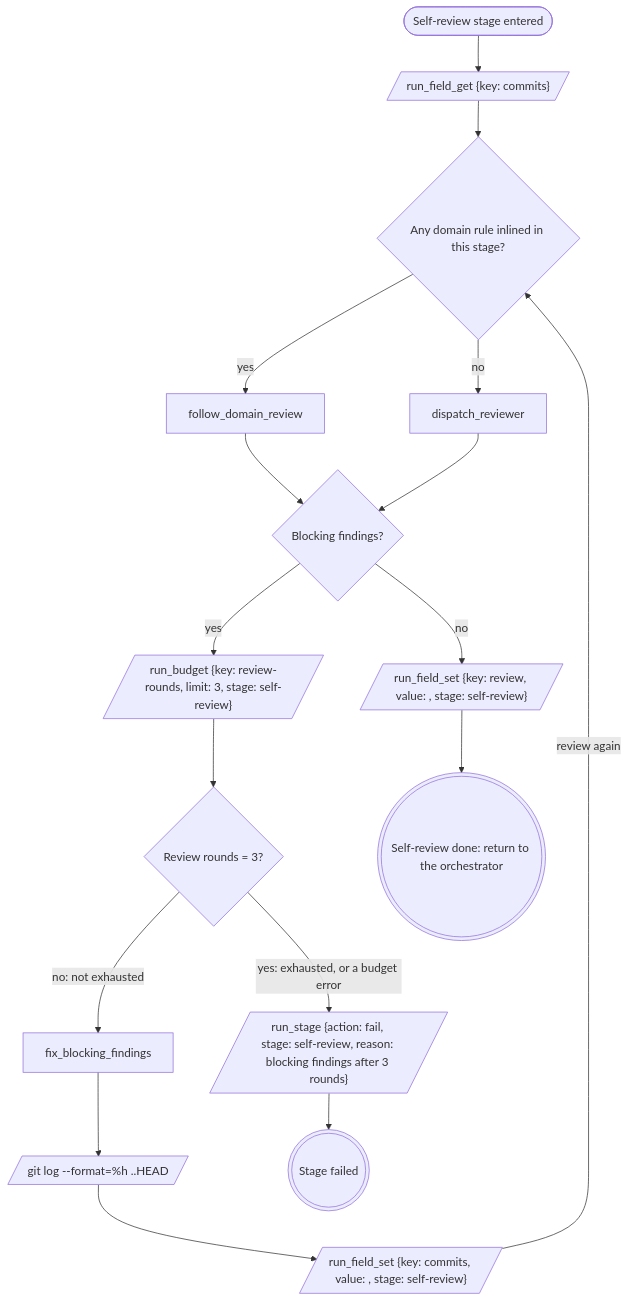
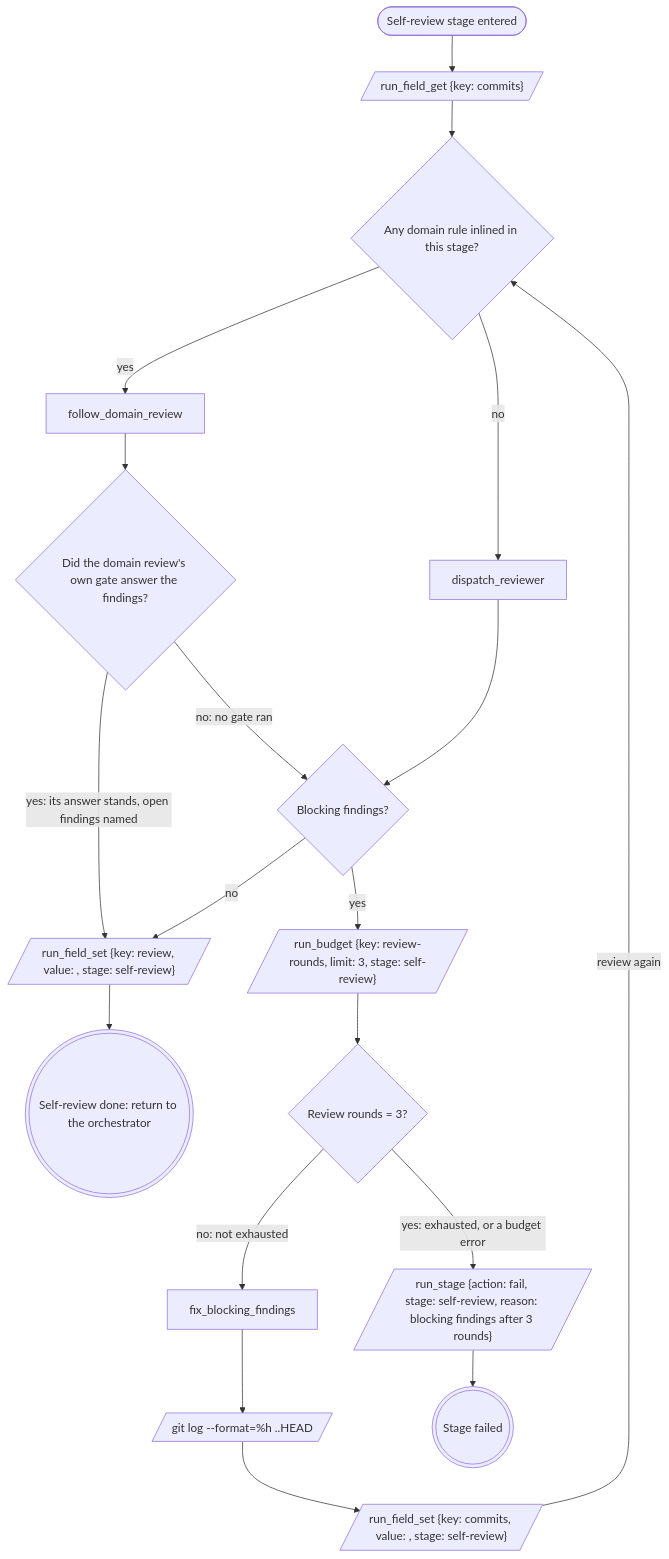
The diagram in plugins/mattstack/attachments/pipeline/stage-self-review/index.block.md (m4ttstack/mattstack), drawn with Mermaid before and after one commit. The commit also changed 1 other file, not shown here.

Commit message:
mattstack: stage-self-review keeps the domain review gate's answer instead of re-fixing
Findings the gate left open go into review by name; the fix rounds run only when no gate ran.

````diff
--- a/plugins/mattstack/attachments/pipeline/stage-self-review/index.block.md
+++ b/plugins/mattstack/attachments/pipeline/stage-self-review/index.block.md
@@ -22,35 +22,38 @@
 ```mermaid
 flowchart TB
 %% name: self_review
     self_review_entered([Self-review stage entered])
     run_field_get_commits[/"run_field_get {key: commits}"/]
     domain_rules_inlined{Any domain rule inlined in this stage?}
     dispatch_reviewer
     blocking_findings{Blocking findings?}
     run_budget_review_rounds[/"run_budget {key: review-rounds, limit: 3, stage: self-review}"/]
     review_rounds_spent{Review rounds = 3?}
     fix_blocking_findings
     follow_domain_review
+    domain_review_gated{Did the domain review's own gate answer the findings?}
     git_log_shas[/git log --format=%h <branch-point>..HEAD/]
     run_field_set_commits[/"run_field_set {key: commits, value: <all shas, fixes included>, stage: self-review}"/]
-    run_field_set_review[/"run_field_set {key: review, value: <verdict; findings fixed or waived>, stage: self-review}"/]
+    run_field_set_review[/"run_field_set {key: review, value: <verdict; findings fixed, waived, or left open by name>, stage: self-review}"/]
     run_stage_fail[/"run_stage {action: fail, stage: self-review, reason: blocking findings after 3 rounds}"/]
     stage_failed(((Stage failed)))
     self_review_done(((Self-review done: return to the orchestrator))):::done
     self_review_entered --> run_field_get_commits
     run_field_get_commits --> domain_rules_inlined
     domain_rules_inlined -->|yes| follow_domain_review
     domain_rules_inlined -->|no| dispatch_reviewer
-    follow_domain_review --> blocking_findings
+    follow_domain_review --> domain_review_gated
+    domain_review_gated -->|yes: its answer stands, open findings named| run_field_set_review
+    domain_review_gated -->|no: no gate ran| blocking_findings
     dispatch_reviewer --> blocking_findings
     blocking_findings -->|no| run_field_set_review
     blocking_findings -->|yes| run_budget_review_rounds
     run_budget_review_rounds --> review_rounds_spent
     review_rounds_spent -->|no: not exhausted| fix_blocking_findings
     review_rounds_spent -->|yes: exhausted, or a budget error| run_stage_fail
     fix_blocking_findings --> git_log_shas
     git_log_shas --> run_field_set_commits
     run_field_set_commits -->|review again| domain_rules_inlined
     run_field_set_review --> self_review_done
     run_stage_fail --> stage_failed
 ```
````
